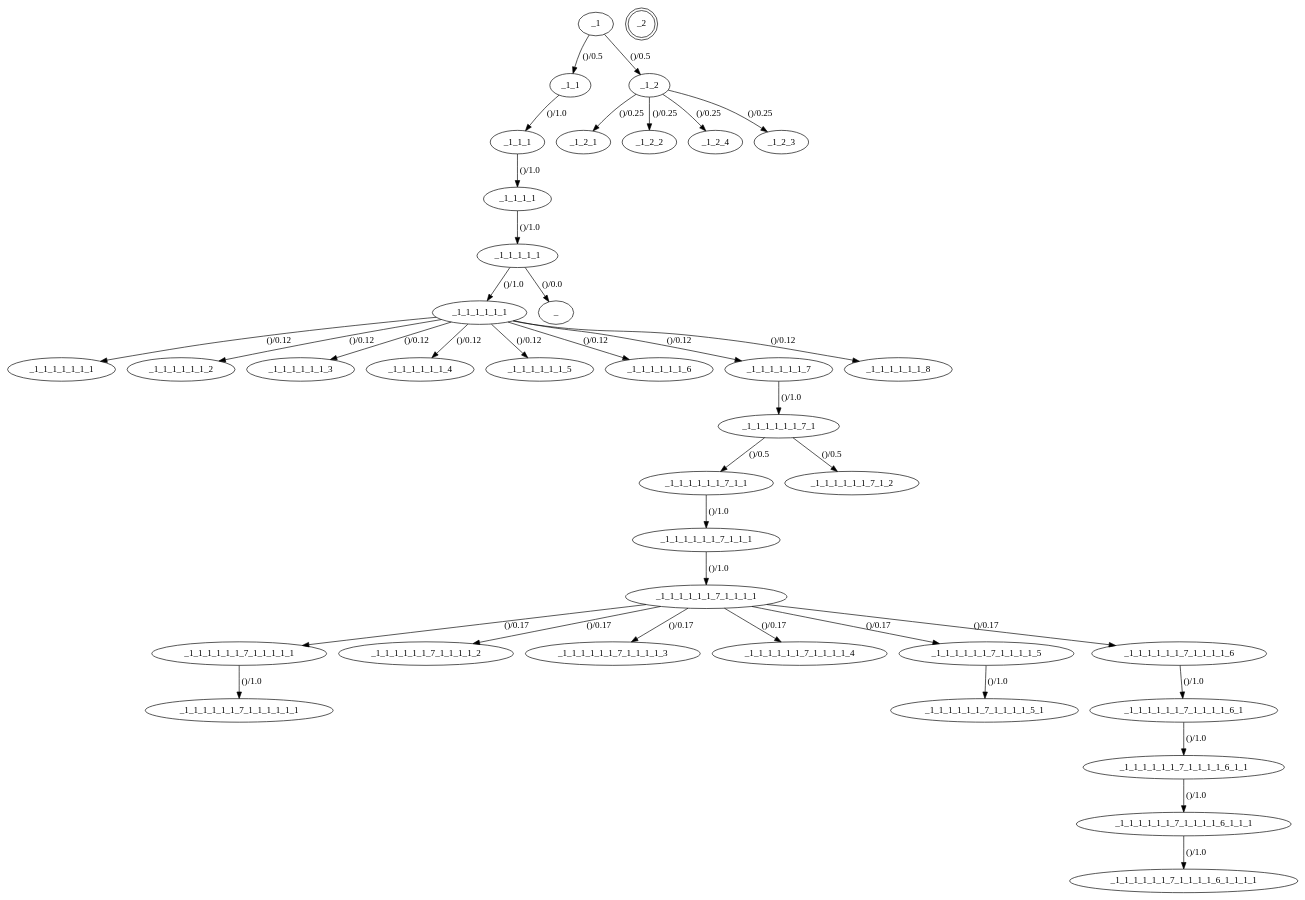
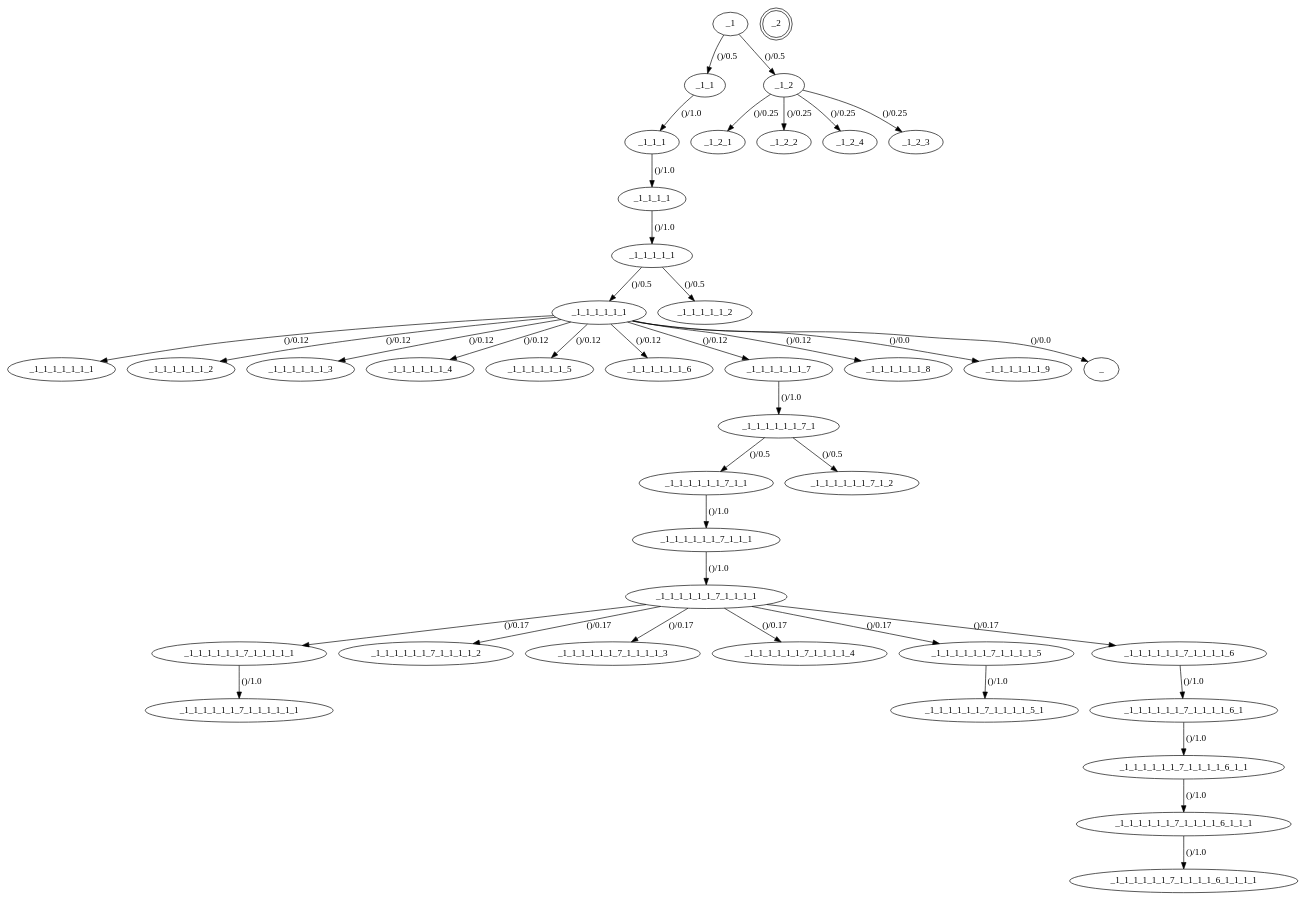
The diagram in qauto_deco/pagemodel/structure.gv (helttu/slideco-tests), drawn with Graphviz before and after one commit. The commit also changed 8 other files, not shown here.

```diff
--- a/qauto_deco/pagemodel/structure.gv
+++ b/qauto_deco/pagemodel/structure.gv
@@ -1,77 +1,81 @@
 digraph default_model {
 //States
 _1
 _1_1_1
 _1_1
 _1_1_1_1
 _1_1_1_1_1
 _1_1_1_1_1_1
 _1_1_1_1_1_1_1
 _1_1_1_1_1_1_2
 _1_1_1_1_1_1_3
 _1_1_1_1_1_1_4
 _1_1_1_1_1_1_5
 _1_1_1_1_1_1_6
 _1_1_1_1_1_1_7
 _1_1_1_1_1_1_7_1
 _1_1_1_1_1_1_7_1_1
 _1_1_1_1_1_1_7_1_1_1
 _1_1_1_1_1_1_7_1_1_1_1
 _1_1_1_1_1_1_7_1_1_1_1_1
 _1_1_1_1_1_1_7_1_1_1_1_2
 _1_1_1_1_1_1_7_1_1_1_1_3
 _1_1_1_1_1_1_7_1_1_1_1_4
 _1_1_1_1_1_1_7_1_1_1_1_5
 _1_1_1_1_1_1_7_1_1_1_1_5_1
 _1_1_1_1_1_1_7_1_2
 _1_2
 _1_2_1
 _1_2_2
 _1_1_1_1_1_1_7_1_1_1_1_1_1
 _1_1_1_1_1_1_7_1_1_1_1_6
 _1_1_1_1_1_1_7_1_1_1_1_6_1
 _1_2_4
 _1_2_3
 _1_1_1_1_1_1_7_1_1_1_1_6_1_1
 _1_1_1_1_1_1_7_1_1_1_1_6_1_1_1
 _1_1_1_1_1_1_7_1_1_1_1_6_1_1_1_1
 _1_1_1_1_1_1_8
+_1_1_1_1_1_2
+_1_1_1_1_1_1_9
 _2[shape = "doublecircle"]
 //Transitions
 _1 -> _1_1[ label = "()/0.5", probability = "0.5", set_guard = "(u'', u'')", check_guard = "(u'', u'')", edge_id = "fc549930-c01f-11e5-bdbc-a94980e8de8d"]
 _1_1 -> _1_1_1[ label = "()/1.0", probability = "1.0", set_guard = "(u'', u'')", check_guard = "(u'', u'')", edge_id = "fe4879ee-c01f-11e5-8b18-a94980e8de8d"]
 _1_1_1 -> _1_1_1_1[ label = "()/1.0", probability = "1.0", set_guard = "(u'', u'')", check_guard = "(u'', u'')", edge_id = "ac323121-c02d-11e5-8503-a94980e8de8d"]
 _1_1_1_1 -> _1_1_1_1_1[ label = "()/1.0", probability = "1.0", set_guard = "(u'', u'')", check_guard = "(u'', u'')", edge_id = "2e873671-c02e-11e5-a260-a94980e8de8d"]
-_1_1_1_1_1 -> _1_1_1_1_1_1[ label = "()/1.0", probability = "1.0", set_guard = "(u'', u'')", check_guard = "(u'', u'')", edge_id = "fa83d631-c032-11e5-aabc-a94980e8de8d"]
+_1_1_1_1_1 -> _1_1_1_1_1_1[ label = "()/0.5", probability = "0.5", set_guard = "(u'', u'')", check_guard = "(u'', u'')", edge_id = "fa83d631-c032-11e5-aabc-a94980e8de8d"]
 _1_1_1_1_1_1 -> _1_1_1_1_1_1_1[ label = "()/0.12", probability = "0.125", set_guard = "(u'', u'')", check_guard = "(u'', u'')", edge_id = "8bbcdc9f-c038-11e5-88a6-a94980e8de8d"]
 _1_1_1_1_1_1 -> _1_1_1_1_1_1_2[ label = "()/0.12", probability = "0.125", set_guard = "(u'', u'')", check_guard = "(u'', u'')", edge_id = "e2cac7ef-c038-11e5-b7d3-a94980e8de8d"]
 _1_1_1_1_1_1 -> _1_1_1_1_1_1_3[ label = "()/0.12", probability = "0.125", set_guard = "(u'', u'')", check_guard = "(u'', u'')", edge_id = "0b82f9ae-c039-11e5-b3ff-a94980e8de8d"]
 _1_1_1_1_1_1 -> _1_1_1_1_1_1_4[ label = "()/0.12", probability = "0.125", set_guard = "(u'', u'')", check_guard = "(u'', u'')", edge_id = "3bceb6e2-c039-11e5-9122-a94980e8de8d"]
 _1_1_1_1_1_1 -> _1_1_1_1_1_1_5[ label = "()/0.12", probability = "0.125", set_guard = "(u'', u'')", check_guard = "(u'', u'')", edge_id = "fdcfa1a1-c039-11e5-8b14-a94980e8de8d"]
 _1_1_1_1_1_1 -> _1_1_1_1_1_1_6[ label = "()/0.12", probability = "0.125", set_guard = "(u'', u'')", check_guard = "(u'', u'')", edge_id = "ff775e30-c039-11e5-93ba-a94980e8de8d"]
 _1_1_1_1_1_1 -> _1_1_1_1_1_1_7[ label = "()/0.12", probability = "0.125", set_guard = "(u'', u'')", check_guard = "(u'', u'')", edge_id = "01636f5f-c03d-11e5-94c1-a94980e8de8d"]
 _1_1_1_1_1_1_7 -> _1_1_1_1_1_1_7_1[ label = "()/1.0", probability = "1.0", set_guard = "(u'', u'')", check_guard = "(u'', u'')", edge_id = "63c5beb1-c03d-11e5-986f-a94980e8de8d"]
 _1_1_1_1_1_1_7_1 -> _1_1_1_1_1_1_7_1_1[ label = "()/0.5", probability = "0.5", set_guard = "(u'', u'')", check_guard = "(u'', u'')", edge_id = "81ed66c1-c03f-11e5-b923-a94980e8de8d"]
 _1_1_1_1_1_1_7_1_1 -> _1_1_1_1_1_1_7_1_1_1[ label = "()/1.0", probability = "1.0", set_guard = "(u'', u'')", check_guard = "(u'', u'')", edge_id = "80083690-c040-11e5-a873-a94980e8de8d"]
 _1_1_1_1_1_1_7_1_1_1 -> _1_1_1_1_1_1_7_1_1_1_1[ label = "()/1.0", probability = "1.0", set_guard = "(u'', u'')", check_guard = "(u'', u'')", edge_id = "110f70e2-c041-11e5-8143-a94980e8de8d"]
 _1_1_1_1_1_1_7_1_1_1_1 -> _1_1_1_1_1_1_7_1_1_1_1_1[ label = "()/0.17", probability = "0.166666666667", set_guard = "(u'', u'')", check_guard = "(u'', u'')", edge_id = "cb99f522-c041-11e5-8451-a94980e8de8d"]
 _1_1_1_1_1_1_7_1_1_1_1 -> _1_1_1_1_1_1_7_1_1_1_1_2[ label = "()/0.17", probability = "0.166666666667", set_guard = "(u'', u'')", check_guard = "(u'', u'')", edge_id = "018954a1-c042-11e5-88d0-a94980e8de8d"]
 _1_1_1_1_1_1_7_1_1_1_1 -> _1_1_1_1_1_1_7_1_1_1_1_3[ label = "()/0.17", probability = "0.166666666667", set_guard = "(u'', u'')", check_guard = "(u'', u'')", edge_id = "2f99eede-c042-11e5-a975-a94980e8de8d"]
 _1_1_1_1_1_1_7_1_1_1_1 -> _1_1_1_1_1_1_7_1_1_1_1_4[ label = "()/0.17", probability = "0.166666666667", set_guard = "(u'', u'')", check_guard = "(u'', u'')", edge_id = "59dcb841-c042-11e5-a3d8-a94980e8de8d"]
 _1_1_1_1_1_1_7_1_1_1_1 -> _1_1_1_1_1_1_7_1_1_1_1_5[ label = "()/0.17", probability = "0.166666666667", set_guard = "(u'', u'')", check_guard = "(u'', u'')", edge_id = "9ddb07e2-c042-11e5-a824-a94980e8de8d"]
 _1_1_1_1_1_1_7_1_1_1_1_5 -> _1_1_1_1_1_1_7_1_1_1_1_5_1[ label = "()/1.0", probability = "1.0", set_guard = "(u'', u'')", check_guard = "(u'', u'')", edge_id = "a6ca075e-c0c0-11e5-bbbb-a94980e8de8d"]
 _1_1_1_1_1_1_7_1 -> _1_1_1_1_1_1_7_1_2[ label = "()/0.5", probability = "0.5", set_guard = "(u'', u'')", check_guard = "(u'', u'')", edge_id = "90f4aa10-c0c2-11e5-9162-a94980e8de8d"]
 _1_2 -> _1_2_1[ label = "()/0.25", probability = "0.25", set_guard = "(u'', u'')", check_guard = "(u'', u'')", edge_id = "b18e8770-c5a2-11e5-922c-2c600cd4c6d7"]
 _1_1_1_1_1_1_7_1_1_1_1_1 -> _1_1_1_1_1_1_7_1_1_1_1_1_1[ label = "()/1.0", probability = "1.0", set_guard = "(u'', u'')", check_guard = "(u'', u'')", edge_id = "2f5d7d41-c8b5-11e5-b5b1-00247e035201"]
 _1_1_1_1_1_1_7_1_1_1_1 -> _1_1_1_1_1_1_7_1_1_1_1_6[ label = "()/0.17", probability = "0.166666666667", set_guard = "(u'', u'')", check_guard = "(u'', u'')", edge_id = "63b998ef-c8bd-11e5-b359-00247e035201"]
 _1_1_1_1_1_1_7_1_1_1_1_6 -> _1_1_1_1_1_1_7_1_1_1_1_6_1[ label = "()/1.0", probability = "1.0", set_guard = "(u'', u'')", check_guard = "(u'', u'')", edge_id = "b40472c1-c8be-11e5-b9d2-00247e035201"]
 _1 -> _1_2[ label = "()/0.5", probability = "0.5", set_guard = "(u'', u'')", check_guard = "(u'', u'')", edge_id = "d7b9c1e1-c975-11e5-b0eb-a94980e8de8d"]
 _1_2 -> _1_2_2[ label = "()/0.25", probability = "0.25", set_guard = "(u'', u'')", check_guard = "(u'', u'')", edge_id = "dfcd2bb0-c975-11e5-99fe-a94980e8de8d"]
 _1_2 -> _1_2_3[ label = "()/0.25", probability = "0.25", set_guard = "(u'', u'')", check_guard = "(u'', u'')", edge_id = "452f3561-cc06-11e5-b6e7-2c600cd4c6d7"]
 _1_2 -> _1_2_4[ label = "()/0.25", probability = "0.25", set_guard = "(u'', u'')", check_guard = "(u'', u'')", edge_id = "4f354770-cc06-11e5-a75f-2c600cd4c6d7"]
 _1_1_1_1_1_1_7_1_1_1_1_6_1 -> _1_1_1_1_1_1_7_1_1_1_1_6_1_1[ label = "()/1.0", probability = "1.0", set_guard = "(u'', u'')", check_guard = "(u'', u'')", edge_id = "6bf28cd0-cef7-11e5-9913-00247e035201"]
 _1_1_1_1_1_1_7_1_1_1_1_6_1_1 -> _1_1_1_1_1_1_7_1_1_1_1_6_1_1_1[ label = "()/1.0", probability = "1.0", set_guard = "(u'', u'')", check_guard = "(u'', u'')", edge_id = "9f1c66de-cefb-11e5-a00b-00247e035201"]
 _1_1_1_1_1_1_7_1_1_1_1_6_1_1_1 -> _1_1_1_1_1_1_7_1_1_1_1_6_1_1_1_1[ label = "()/1.0", probability = "1.0", set_guard = "(u'', u'')", check_guard = "(u'', u'')", edge_id = "00ff892f-cefe-11e5-aa50-00247e035201"]
 _1_1_1_1_1_1 -> _1_1_1_1_1_1_8[ label = "()/0.12", probability = "0.125", set_guard = "(u'', u'')", check_guard = "(u'', u'')", edge_id = "a8bba2d1-d3c7-11e5-a00d-00247e035201"]
-_1_1_1_1_1 -> _[ label = "()/0.0", probability = "0.0", set_guard = "('', '')", check_guard = "('', '')", edge_id = "b9445cd2-d3d8-11e5-950c-00247e035201"]
+_1_1_1_1_1 -> _1_1_1_1_1_2[ label = "()/0.5", probability = "0.5", set_guard = "(u'', u'')", check_guard = "(u'', u'')", edge_id = "b9445cd2-d3d8-11e5-950c-00247e035201"]
+_1_1_1_1_1_1 -> _1_1_1_1_1_1_9[ label = "()/0.0", probability = "0.0", set_guard = "('', '')", check_guard = "('', '')", edge_id = "0ef74491-d4a0-11e5-85ea-00247e035201"]
+_1_1_1_1_1_1 -> _[ label = "()/0.0", probability = "0.0", set_guard = "('', '')", check_guard = "('', '')", edge_id = "9da8cf10-d4a0-11e5-94bd-00247e035201"]
 }
```
